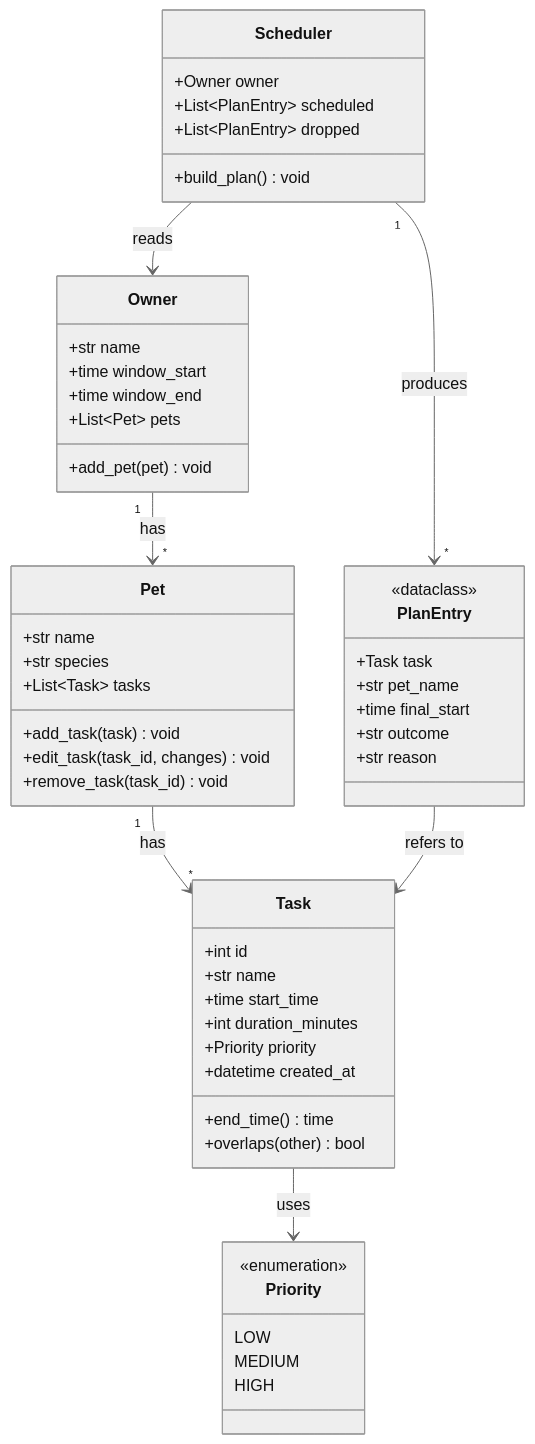
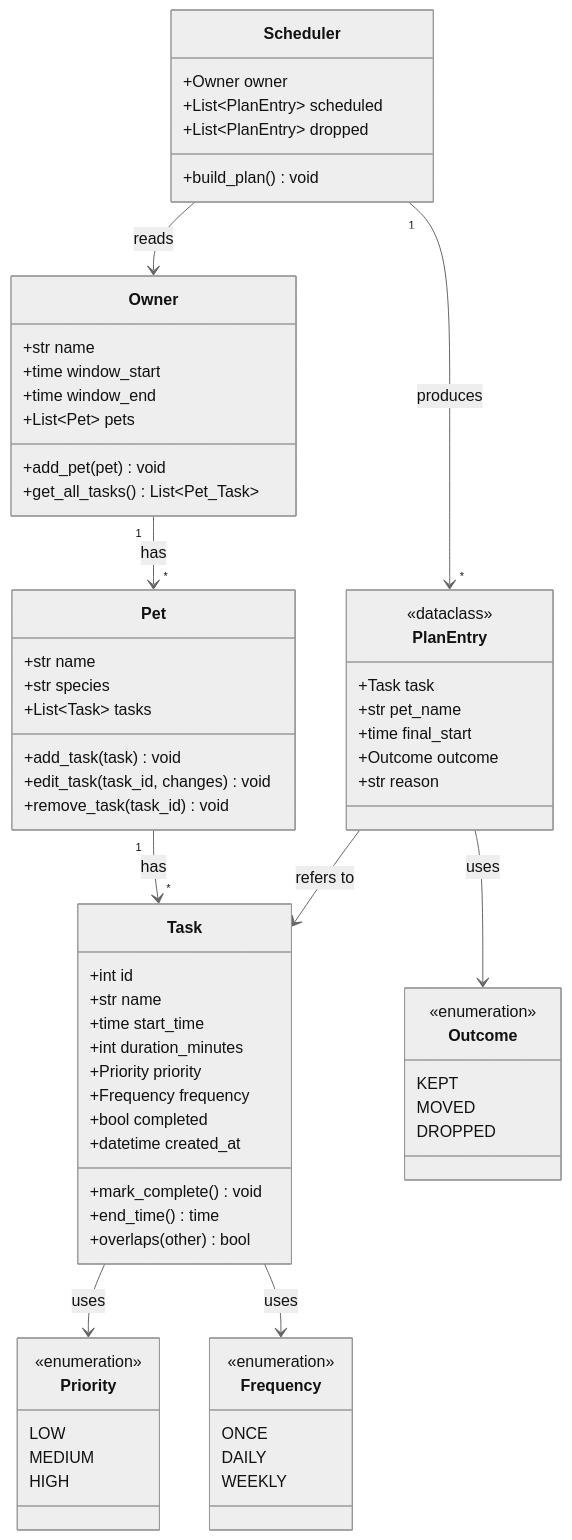
Before and after one commit to HaKh27/ai110-module2show-pawpal-starter: the diagram in diagrams/uml.mmd, drawn with Mermaid (neutral theme). The commit also changed 6 other files, not shown here.

```diff
--- a/diagrams/uml.mmd
+++ b/diagrams/uml.mmd
@@ -1,58 +1,78 @@
 classDiagram
     class Owner {
         +str name
         +time window_start
         +time window_end
         +List~Pet~ pets
         +add_pet(pet) void
+        +get_all_tasks() List~Pet_Task~
     }
 
     class Pet {
         +str name
         +str species
         +List~Task~ tasks
         +add_task(task) void
         +edit_task(task_id, changes) void
         +remove_task(task_id) void
     }
 
     class Task {
         +int id
         +str name
         +time start_time
         +int duration_minutes
         +Priority priority
+        +Frequency frequency
+        +bool completed
         +datetime created_at
+        +mark_complete() void
         +end_time() time
         +overlaps(other) bool
     }
 
     class Priority {
         <<enumeration>>
         LOW
         MEDIUM
         HIGH
     }
 
     class Scheduler {
         +Owner owner
         +List~PlanEntry~ scheduled
         +List~PlanEntry~ dropped
         +build_plan() void
     }
 
     class PlanEntry {
         <<dataclass>>
         +Task task
         +str pet_name
         +time final_start
-        +str outcome
+        +Outcome outcome
         +str reason
+    }
+
+    class Frequency {
+        <<enumeration>>
+        ONCE
+        DAILY
+        WEEKLY
+    }
+
+    class Outcome {
+        <<enumeration>>
+        KEPT
+        MOVED
+        DROPPED
     }
 
     Owner "1" --> "*" Pet : has
     Pet "1" --> "*" Task : has
     Task --> Priority : uses
+    Task --> Frequency : uses
     Scheduler --> Owner : reads
     Scheduler "1" --> "*" PlanEntry : produces
     PlanEntry --> Task : refers to
+    PlanEntry --> Outcome : uses
```
